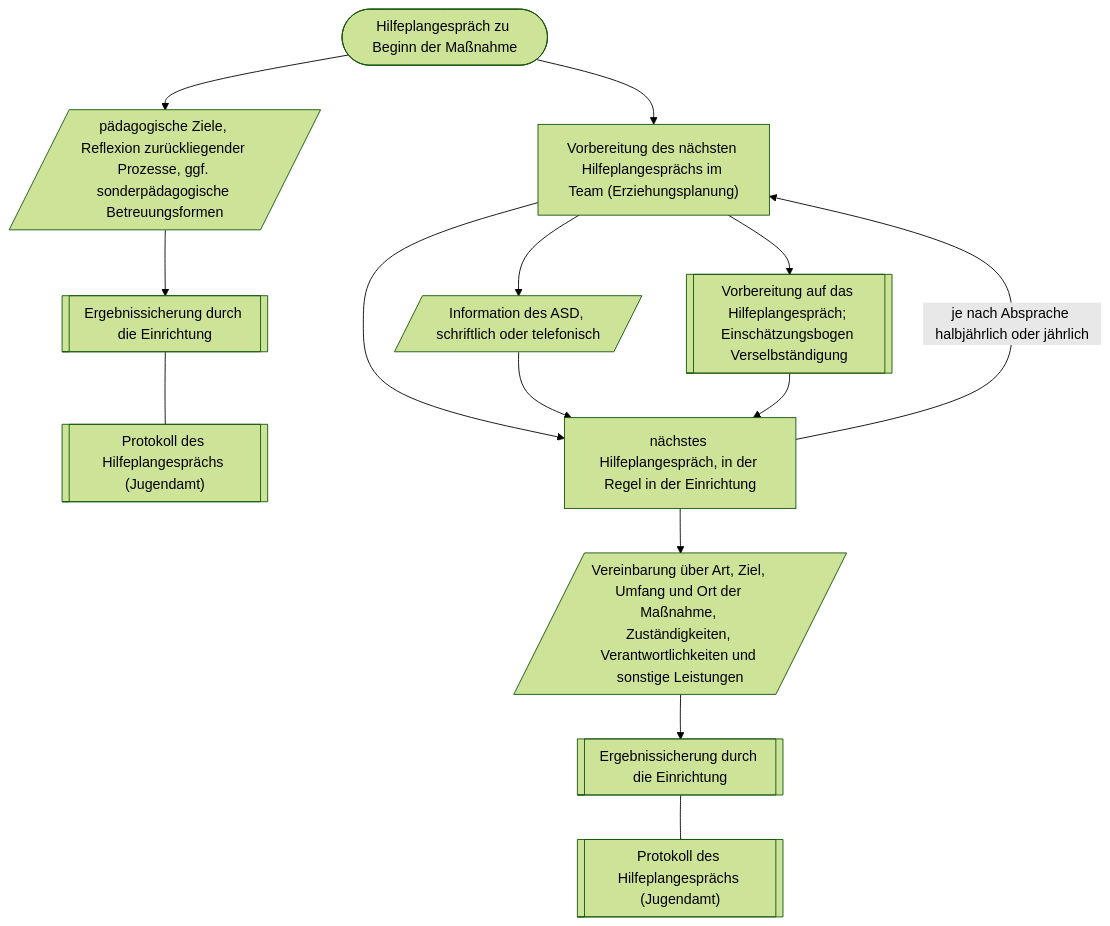
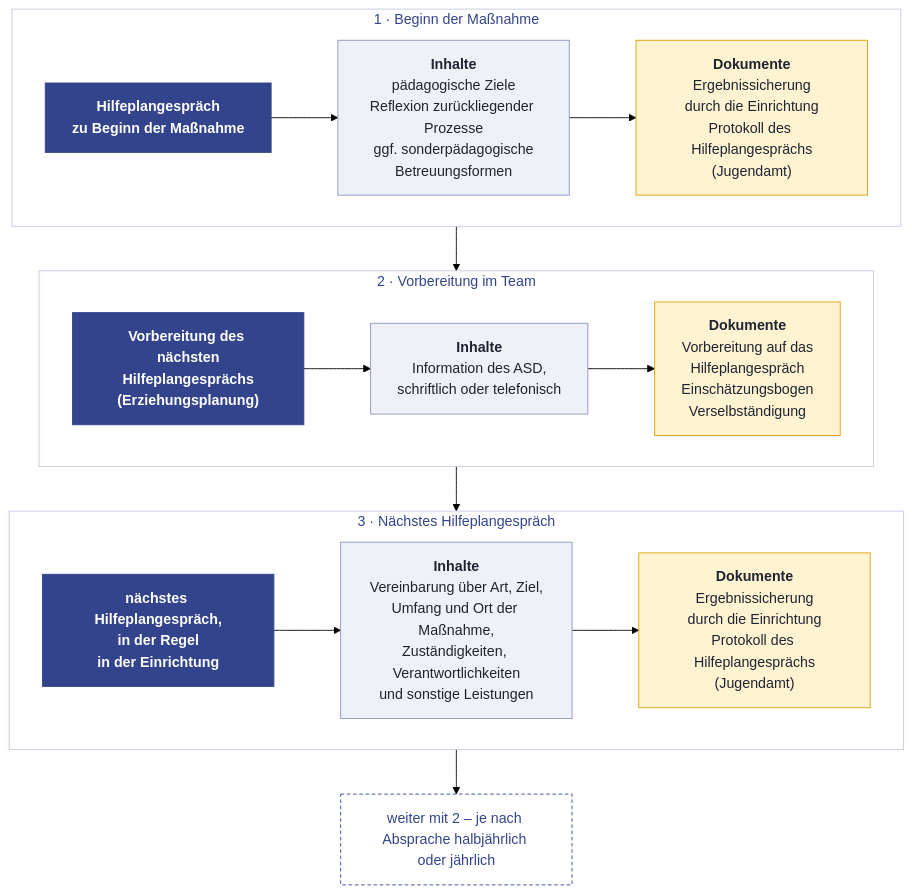
The diagram in handbuch/9.1.4_hilfeplanung-stationaer.md (BSBSWS/qm), drawn with Mermaid (forest theme) before and after one commit. The commit also changed other lines of this file and 2 other files, not shown here.

Commit message:
Musterdokument 9.1.4: Flussdiagramm in drei Abschnitte gegliedert, Farben nach Art
Claude-Session: https://claude.ai/code/session_01ERoBE4hojUHa2tZTzZnyQs

````diff
--- a/handbuch/9.1.4_hilfeplanung-stationaer.md
+++ b/handbuch/9.1.4_hilfeplanung-stationaer.md
@@ -49,23 +49,28 @@
 ```mermaid
 flowchart TB
-    A(["Hilfeplangespräch zu Beginn der Maßnahme"])
-    A1[/"pädagogische Ziele, Reflexion zurückliegender Prozesse, ggf. sonderpädagogische Betreuungsformen"/]
-    A2[["Ergebnissicherung durch die Einrichtung"]]
-    A3[["Protokoll des Hilfeplangesprächs (Jugendamt)"]]
-    B["Vorbereitung des nächsten Hilfeplangesprächs im Team (Erziehungsplanung)"]
-    B1[/"Information des ASD, schriftlich oder telefonisch"/]
-    B2[["Vorbereitung auf das Hilfeplangespräch; Einschätzungsbogen Verselbständigung"]]
-    C["nächstes Hilfeplangespräch, in der Regel in der Einrichtung"]
-    C1[/"Vereinbarung über Art, Ziel, Umfang und Ort der Maßnahme, Zuständigkeiten, Verantwortlichkeiten und sonstige Leistungen"/]
-    C2[["Ergebnissicherung durch die Einrichtung"]]
-    C3[["Protokoll des Hilfeplangesprächs (Jugendamt)"]]
-
-    A --> B --> C
-    A --> A1 --> A2
-    A2 --- A3
-    B --> B1 --> C
-    B --> B2 --> C
-    C --> C1 --> C2
-    C2 --- C3
-    C -->|"je nach Absprache halbjährlich oder jährlich"| B
+    subgraph P1["1 · Beginn der Maßnahme"]
+        direction LR
+        A["Hilfeplangespräch<br/>zu Beginn der Maßnahme"] --> A1["<b>Inhalte</b><br/>pädagogische Ziele<br/>Reflexion zurückliegender Prozesse<br/>ggf. sonderpädagogische<br/>Betreuungsformen"] --> A2["<b>Dokumente</b><br/>Ergebnissicherung<br/>durch die Einrichtung<br/>Protokoll des Hilfeplangesprächs<br/>(Jugendamt)"]
+    end
+    subgraph P2["2 · Vorbereitung im Team"]
+        direction LR
+        B["Vorbereitung des nächsten<br/>Hilfeplangesprächs<br/>(Erziehungsplanung)"] --> B1["<b>Inhalte</b><br/>Information des ASD,<br/>schriftlich oder telefonisch"] --> B2["<b>Dokumente</b><br/>Vorbereitung auf das<br/>Hilfeplangespräch<br/>Einschätzungsbogen<br/>Verselbständigung"]
+    end
+    subgraph P3["3 · Nächstes Hilfeplangespräch"]
+        direction LR
+        C["nächstes Hilfeplangespräch,<br/>in der Regel<br/>in der Einrichtung"] --> C1["<b>Inhalte</b><br/>Vereinbarung über Art, Ziel,<br/>Umfang und Ort der Maßnahme,<br/>Zuständigkeiten, Verantwortlichkeiten<br/>und sonstige Leistungen"] --> C2["<b>Dokumente</b><br/>Ergebnissicherung<br/>durch die Einrichtung<br/>Protokoll des Hilfeplangesprächs<br/>(Jugendamt)"]
+    end
+    W["weiter mit 2 – je nach Absprache halbjährlich oder jährlich"]
+    P1 --> P2 --> P3 --> W
+    classDef schritt fill:#33448C,stroke:#33448C,color:#FFFFFF,font-weight:bold
+    classDef inhalt fill:#EEF1F8,stroke:#8A96C4,color:#1F2433
+    classDef dokument fill:#FFF3D1,stroke:#E0A100,color:#1F2433
+    classDef turnus fill:#FFFFFF,stroke:#33448C,color:#33448C,stroke-dasharray:4 3
+    class A,B,C schritt
+    class A1,B1,C1 inhalt
+    class A2,B2,C2 dokument
+    class W turnus
+    style P1 fill:#FFFFFF,stroke:#C5CBE0,color:#33448C
+    style P2 fill:#FFFFFF,stroke:#C5CBE0,color:#33448C
+    style P3 fill:#FFFFFF,stroke:#C5CBE0,color:#33448C
 ```
````
